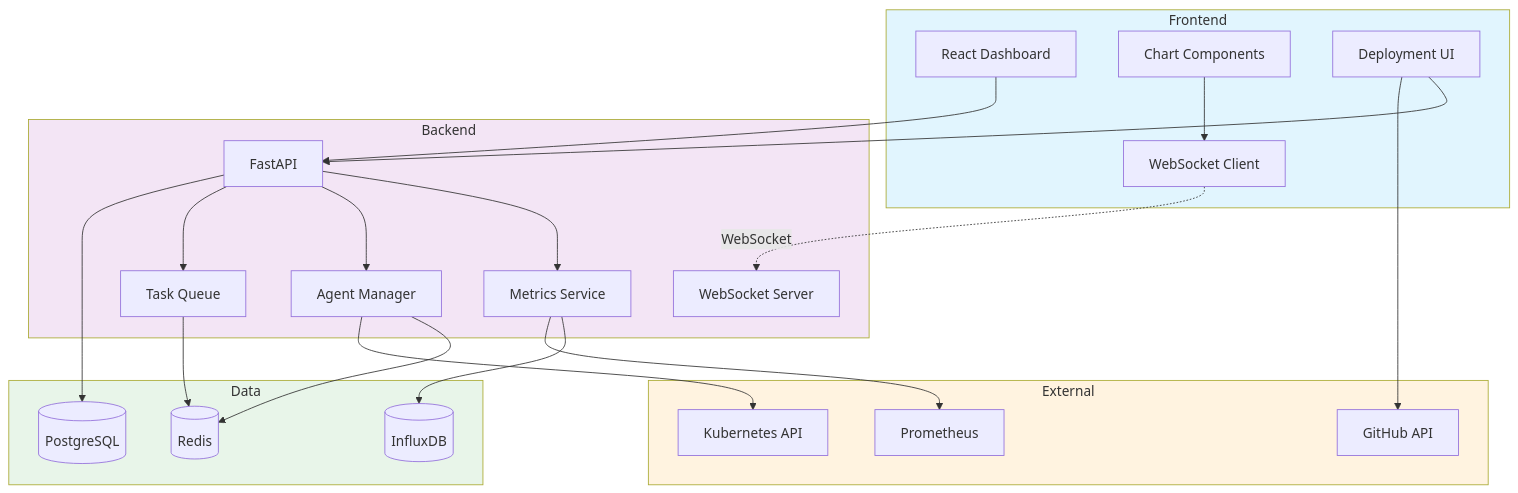
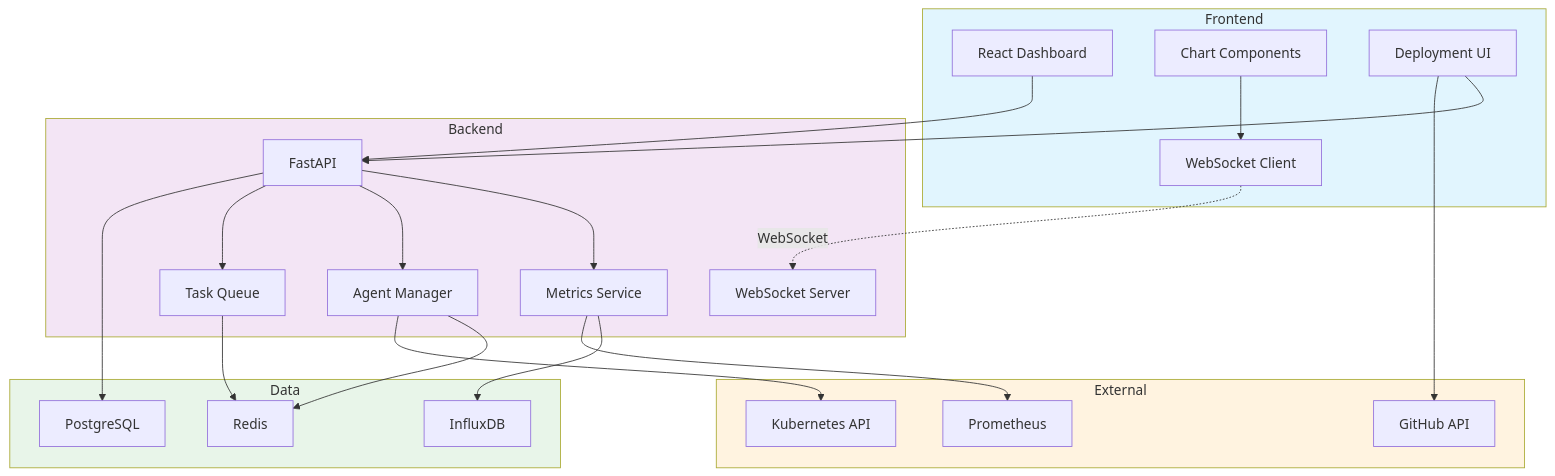
The diagram in modules/module-07/exercises/exercise3-ai-dashboard/instructions/part1.md (paulasilvatech/Mastery-AI-Apps-Dev), drawn with Mermaid before and after one commit. The commit also changed 18 other files, not shown here.

Commit message:
Refactor diagram syntax in Module 07 documentation for consistency

````diff
--- a/modules/module-07/exercises/exercise3-ai-dashboard/instructions/part1.md
+++ b/modules/module-07/exercises/exercise3-ai-dashboard/instructions/part1.md
@@ -33,52 +33,52 @@
 ```mermaid
 graph TB
     subgraph Frontend
         Dashboard[React Dashboard]
         Charts[Chart Components]
         WS[WebSocket Client]
         Deploy[Deployment UI]
     end
     
     subgraph Backend
         API[FastAPI]
         WSServer[WebSocket Server]
         Metrics[Metrics Service]
         Agents[Agent Manager]
         Queue[Task Queue]
     end
     
     subgraph Data
-        Redis[(Redis)]
-        Postgres[(PostgreSQL)]
-        TimeSeries[(InfluxDB)]
+        Redis[Redis]
+        Postgres[PostgreSQL]
+        TimeSeries[InfluxDB]
     end
     
     subgraph External
         K8s[Kubernetes API]
         GitHub[GitHub API]
         Monitoring[Prometheus]
     end
     
     Dashboard --> API
     Charts --> WS
     WS -.WebSocket.-> WSServer
     Deploy --> API
     
     API --> Metrics
     API --> Agents
     API --> Queue
     
     Metrics --> TimeSeries
     Agents --> Redis
     Queue --> Redis
     API --> Postgres
     
     Agents --> K8s
     Deploy --> GitHub
     Metrics --> Monitoring
     
     style Frontend fill:#e1f5fe
     style Backend fill:#f3e5f5
     style Data fill:#e8f5e9
     style External fill:#fff3e0
 ```
````
